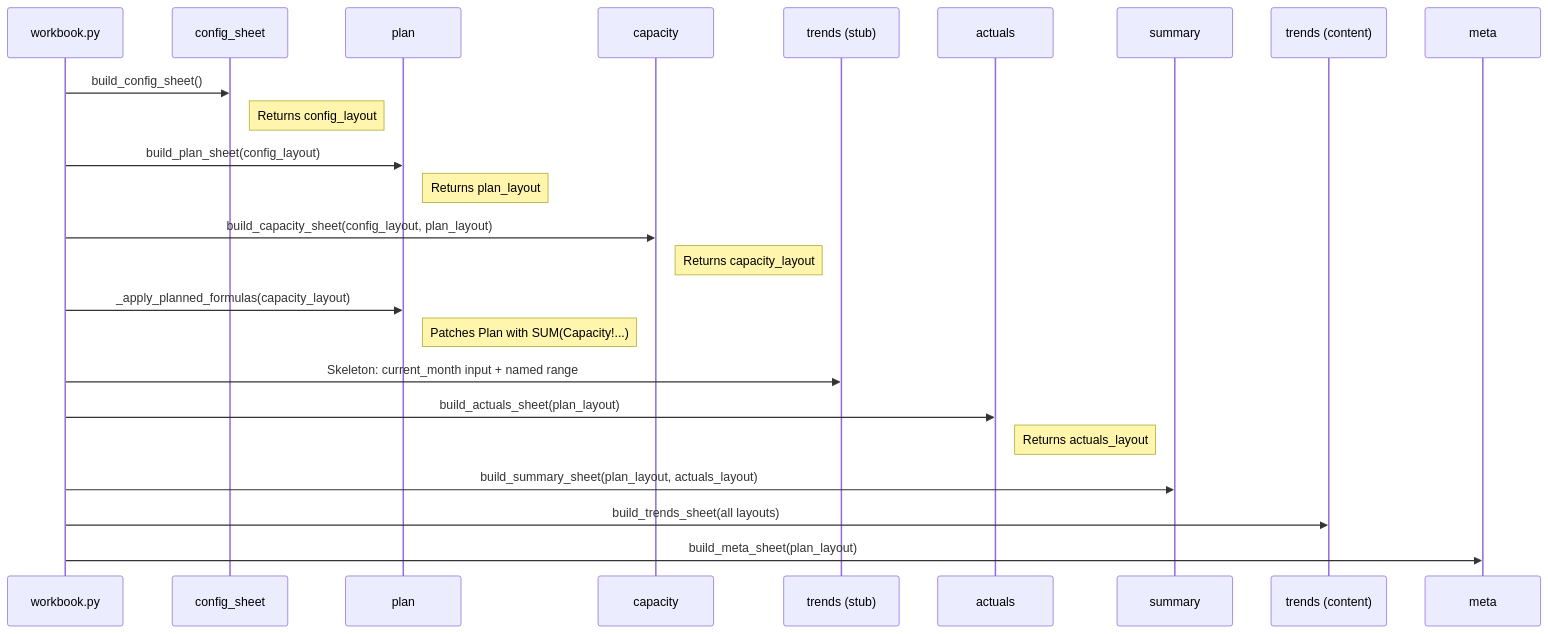
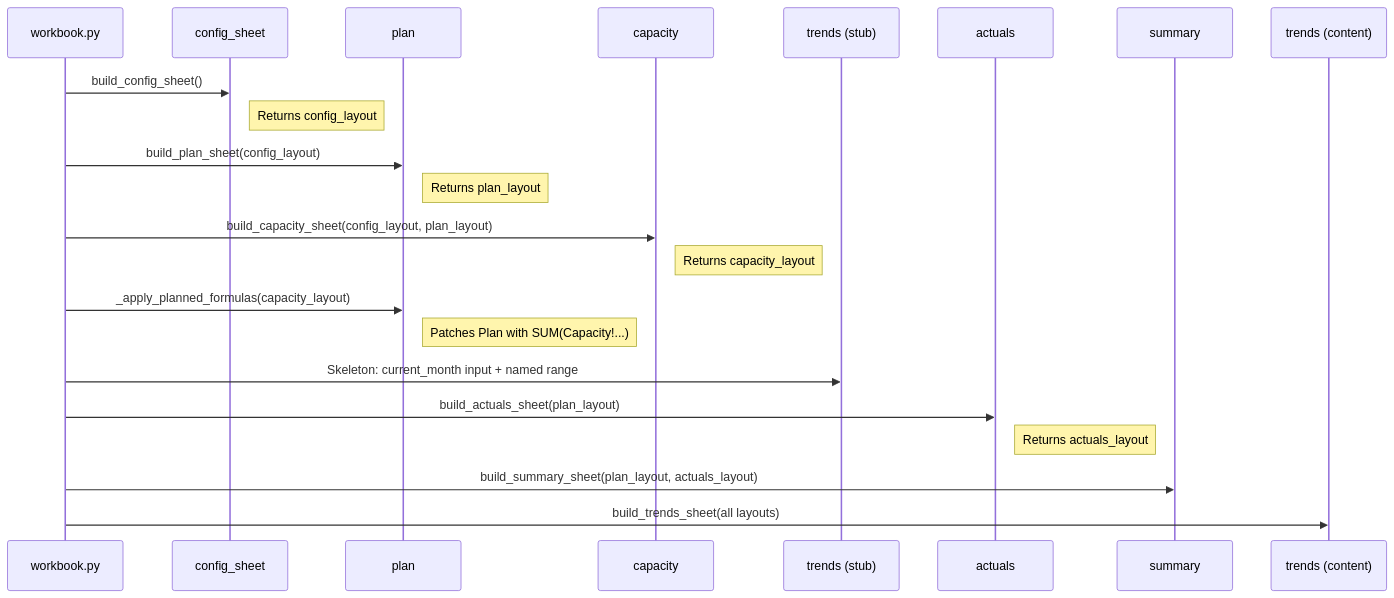
One commit to KristjanHS/budget-planner changed the third of 6 diagrams in docs/architecture.md. Above: the diagram before and after it, drawn with Mermaid. The commit also changed other lines of this file and 5 other files, not shown here.

````diff
--- a/docs/architecture.md
+++ b/docs/architecture.md
@@ -52,26 +52,24 @@
 ```mermaid
 sequenceDiagram
   participant WB as workbook.py
   participant CS as config_sheet
   participant PL as plan
   participant CP as capacity
   participant TR as trends (stub)
   participant AC as actuals
   participant SM as summary
   participant T2 as trends (content)
-  participant MT as meta
   WB->>CS: build_config_sheet()
   Note right of CS: Returns config_layout
   WB->>PL: build_plan_sheet(config_layout)
   Note right of PL: Returns plan_layout
   WB->>CP: build_capacity_sheet(config_layout, plan_layout)
   Note right of CP: Returns capacity_layout
   WB->>PL: _apply_planned_formulas(capacity_layout)
   Note right of PL: Patches Plan with SUM(Capacity!...)
   WB->>TR: Skeleton: current_month input + named range
   WB->>AC: build_actuals_sheet(plan_layout)
   Note right of AC: Returns actuals_layout
   WB->>SM: build_summary_sheet(plan_layout, actuals_layout)
   WB->>T2: build_trends_sheet(all layouts)
-  WB->>MT: build_meta_sheet(plan_layout)
 ```
````
